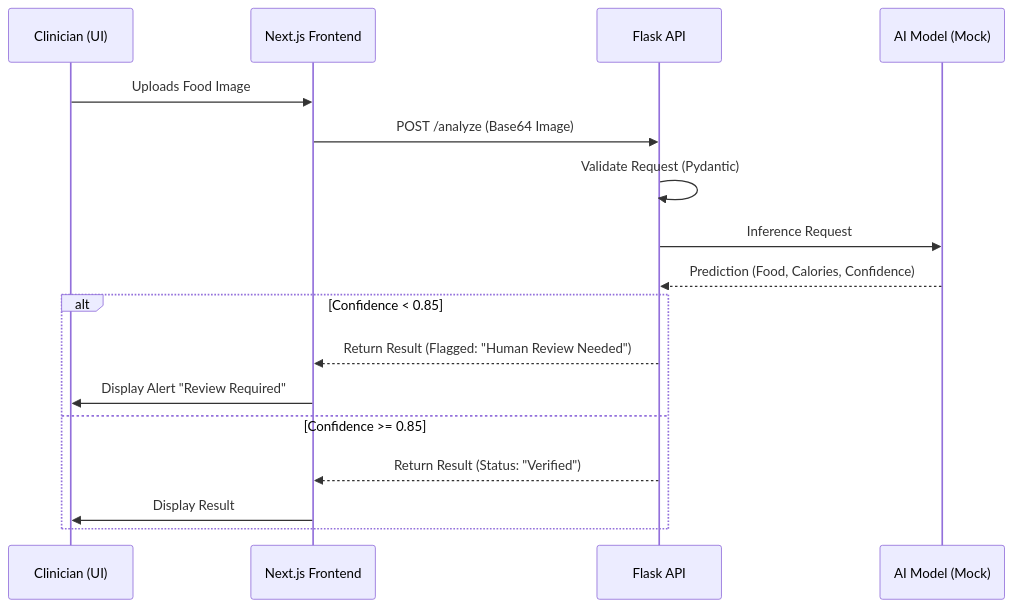
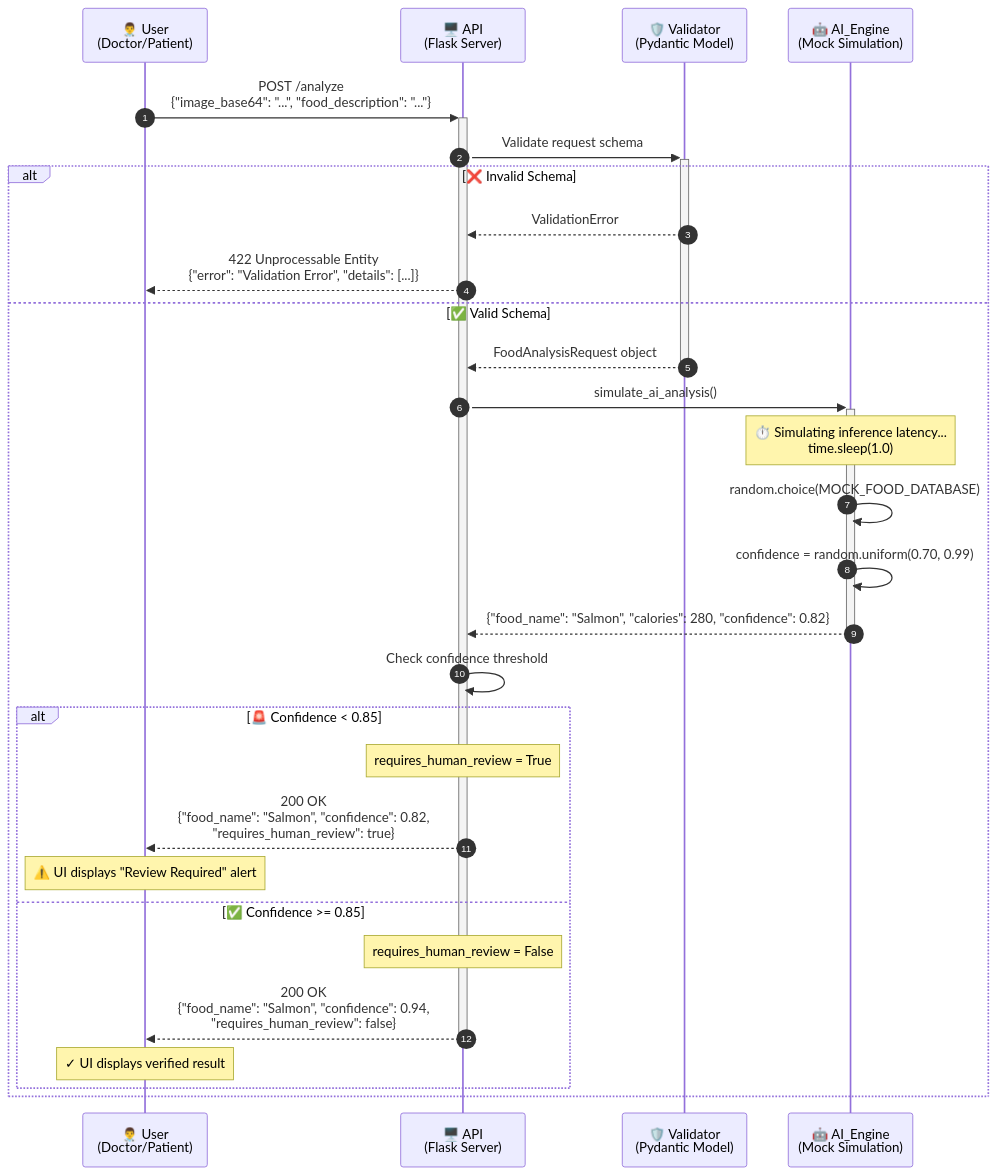
One commit to thezaynahmed/nutriguard-clinical-ops changed the second of 6 diagrams in README.md. Above: the diagram before and after it, drawn with Mermaid. The commit also changed other lines of this file, not shown here.

First line of the commit message:
docs: Add detailed Mermaid sequence diagrams for Flask app flow

````diff
--- a/README.md
+++ b/README.md
@@ -40,21 +42,41 @@
 ```mermaid
 sequenceDiagram
-    participant C as Clinician (UI)
-    participant F as Next.js Frontend
-    participant B as Flask API
-    participant M as AI Model (Mock)
-
-    C->>F: Uploads Food Image
-    F->>B: POST /analyze (Base64 Image)
-    B->>B: Validate Request (Pydantic)
-    B->>M: Inference Request
-    M-->>B: Prediction (Food, Calories, Confidence)
+    autonumber
     
-    alt Confidence < 0.85
-        B-->>F: Return Result (Flagged: "Human Review Needed")
-        F->>C: Display Alert "Review Required"
-    else Confidence >= 0.85
-        B-->>F: Return Result (Status: "Verified")
-        F->>C: Display Result
+    participant User as 👨‍⚕️ User<br/>(Doctor/Patient)
+    participant API as 🖥️ API<br/>(Flask Server)
+    participant Validator as 🛡️ Validator<br/>(Pydantic Model)
+    participant AI_Engine as 🤖 AI_Engine<br/>(Mock Simulation)
+    
+    User->>+API: POST /analyze<br/>{"image_base64": "...", "food_description": "..."}
+    
+    API->>+Validator: Validate request schema
+    
+    alt ❌ Invalid Schema
+        Validator-->>API: ValidationError
+        API-->>User: 422 Unprocessable Entity<br/>{"error": "Validation Error", "details": [...]}
+    else ✅ Valid Schema
+        Validator-->>-API: FoodAnalysisRequest object
+        
+        API->>+AI_Engine: simulate_ai_analysis()
+        
+        Note over AI_Engine: ⏱️ Simulating inference latency...<br/>time.sleep(1.0)
+        
+        AI_Engine->>AI_Engine: random.choice(MOCK_FOOD_DATABASE)
+        AI_Engine->>AI_Engine: confidence = random.uniform(0.70, 0.99)
+        
+        AI_Engine-->>-API: {"food_name": "Salmon", "calories": 280, "confidence": 0.82}
+        
+        API->>API: Check confidence threshold
+        
+        alt 🚨 Confidence < 0.85
+            Note over API: requires_human_review = True
+            API-->>User: 200 OK<br/>{"food_name": "Salmon", "confidence": 0.82,<br/>"requires_human_review": true}
+            Note over User: ⚠️ UI displays "Review Required" alert
+        else ✅ Confidence >= 0.85
+            Note over API: requires_human_review = False
+            API-->>-User: 200 OK<br/>{"food_name": "Salmon", "confidence": 0.94,<br/>"requires_human_review": false}
+            Note over User: ✓ UI displays verified result
+        end
     end
 ```
````
